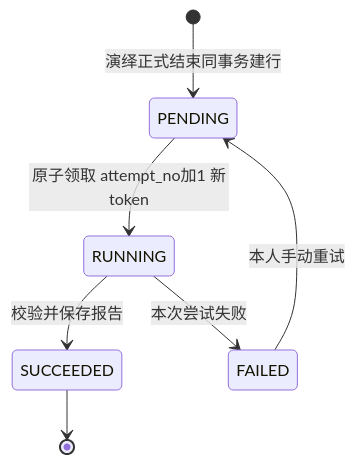
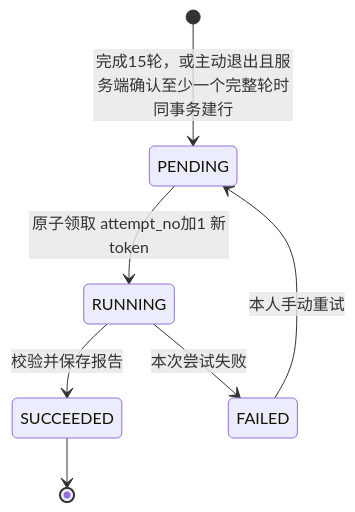
Before and after one commit to CARL-zhou7/AI-anti-scrm-new: the third of 3 diagrams in docs/AI反诈情景推演平台_数据库设计文档_V1_1.md, drawn with Mermaid. The commit also changed other lines of this file and 131 other files, not shown here.

````diff
--- a/docs/AI反诈情景推演平台_数据库设计文档_V1_1.md
+++ b/docs/AI反诈情景推演平台_数据库设计文档_V1_1.md
@@ -776,9 +1460,9 @@
 ```mermaid
 stateDiagram-v2
-    [*] --> PENDING: 演绎正式结束同事务建行
+    [*] --> PENDING: 完成15轮，或主动退出且服务端确认至少一个完整轮时同事务建行
     PENDING --> RUNNING: 原子领取 attempt_no加1 新token
     RUNNING --> SUCCEEDED: 校验并保存报告
     RUNNING --> FAILED: 本次尝试失败
     FAILED --> PENDING: 本人手动重试
     SUCCEEDED --> [*]
 ```
````
